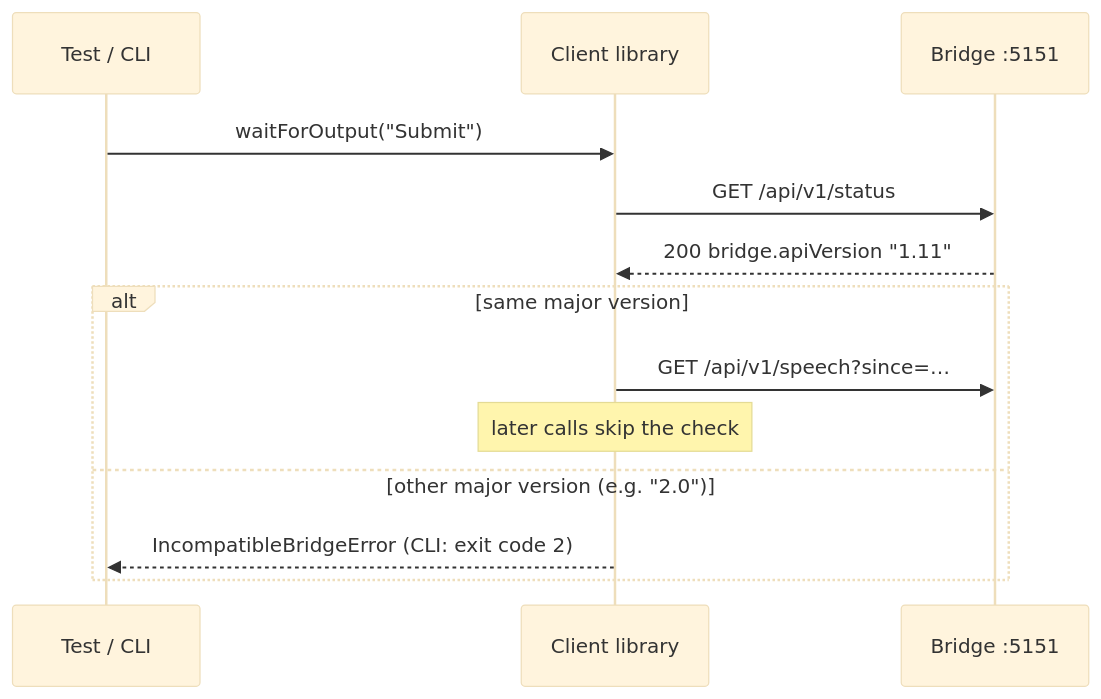
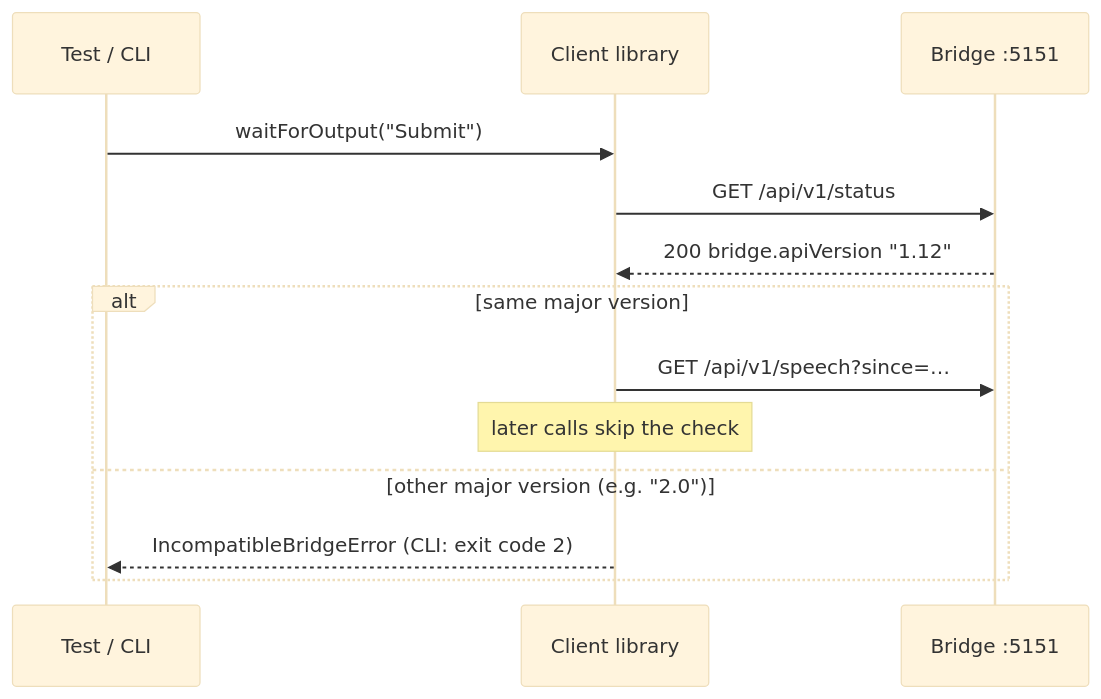
Before and after one commit to TimoSto/screenreader-speech-capture: the tenth of 10 diagrams in docs/usage/flows/http.md, drawn with Mermaid (base theme). The commit also changed 23 other files, not shown here.

````diff
--- a/docs/usage/flows/http.md
+++ b/docs/usage/flows/http.md
@@ -208,16 +208,16 @@
 ```mermaid
 sequenceDiagram
     participant T as Test / CLI
     participant C as Client library
     participant B as Bridge :5151
 
     T->>C: waitForOutput("Submit")
     C->>B: GET /api/v1/status
-    B-->>C: 200 bridge.apiVersion "1.11"
+    B-->>C: 200 bridge.apiVersion "1.12"
     alt same major version
         C->>B: GET /api/v1/speech?since=…
         Note over C: later calls skip the check
     else other major version (e.g. "2.0")
         C-->>T: IncompatibleBridgeError (CLI: exit code 2)
     end
 ```
````
